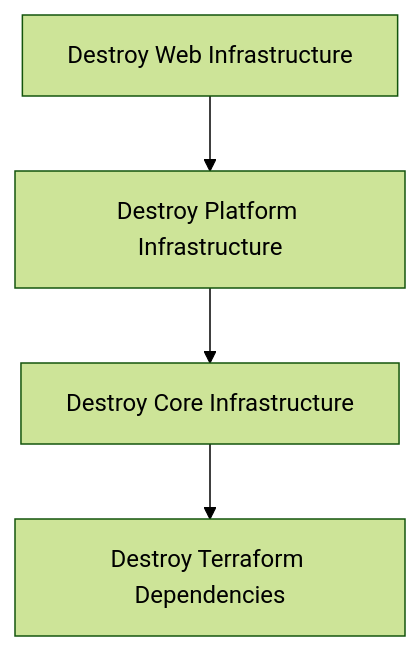
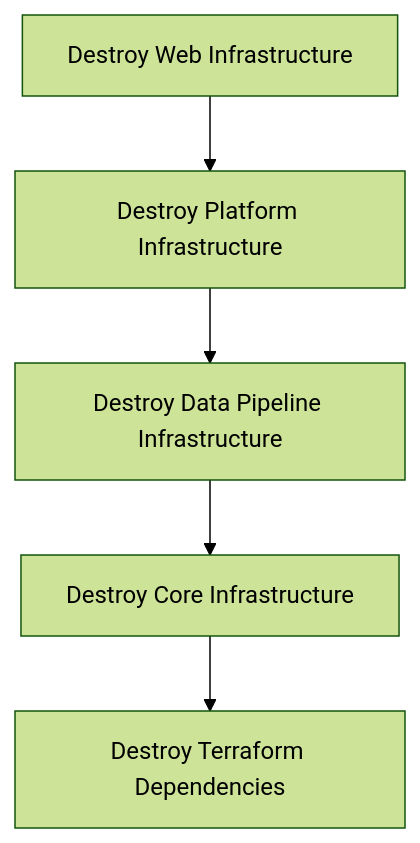
The second of 2 diagrams in documentation/architecture/9_Deployment-Architecture.md (DFE-Digital/education-benchmarking-and-insights), drawn with Mermaid (forest theme) before and after one commit. The commit also changed other lines of this file, not shown here.

Commit message:
doc: Feature/destroy pipeline documentation updates

````diff
--- a/documentation/architecture/9_Deployment-Architecture.md
+++ b/documentation/architecture/9_Deployment-Architecture.md
@@ -45,8 +63,9 @@
 ```mermaid
 flowchart TD
     accDescr: Destroy pipeline flow
     
     A[Destroy Web Infrastructure] --> B[Destroy Platform Infrastructure]
-    B --> C[Destroy Core Infrastructure]
-    C --> D[Destroy Terraform Dependencies]
+    B --> C[Destroy Data Pipeline Infrastructure]
+    C --> D[Destroy Core Infrastructure]
+    D --> E[Destroy Terraform Dependencies]
 ```
````
